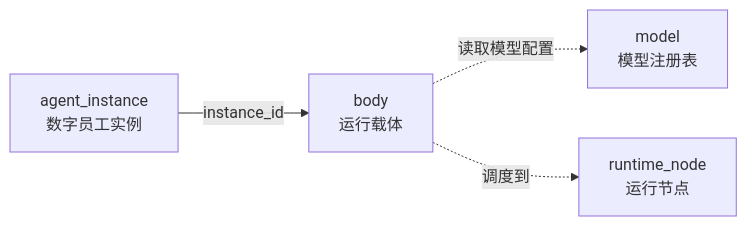
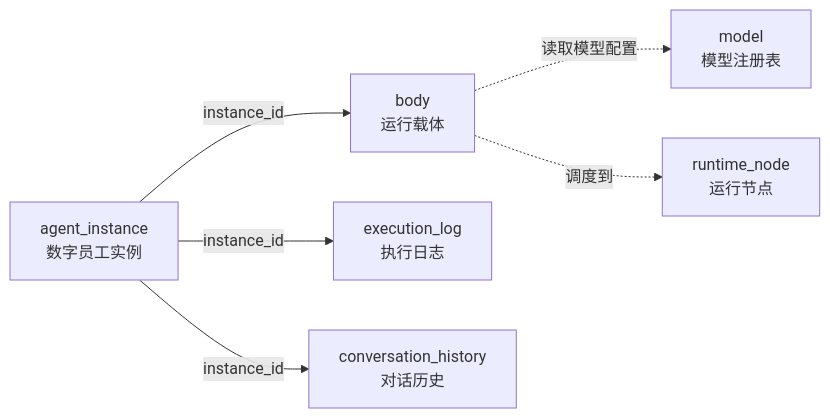
Before and after one commit to herrickJin/LegionOS: the fifth of 5 diagrams in docs/architecture/02-服务端架构设计.md, drawn with Mermaid. The commit also changed other lines of this file and 2 other files, not shown here.

````diff
--- a/docs/architecture/02-服务端架构设计.md
+++ b/docs/architecture/02-服务端架构设计.md
@@ -1441,6 +1464,8 @@
 ```mermaid
 flowchart LR
   AI["agent_instance<br/>数字员工实例"] -->|instance_id| B["body<br/>运行载体"]
+  AI -->|instance_id| EL["execution_log<br/>执行日志"]
+  AI -->|instance_id| CH["conversation_history<br/>对话历史"]
   B -.读取模型配置.-> M["model<br/>模型注册表"]
   B -.调度到.-> N["runtime_node<br/>运行节点"]
 ```
````
